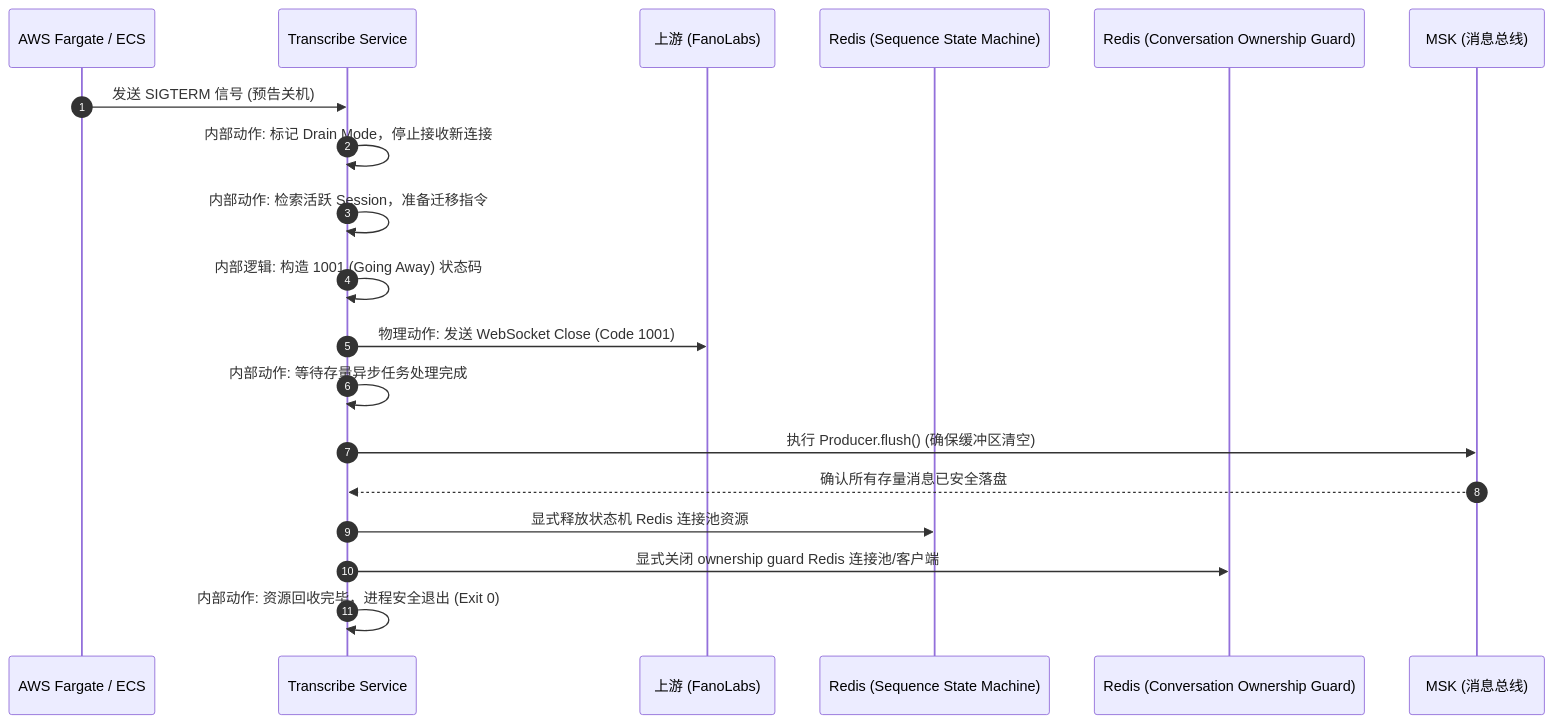
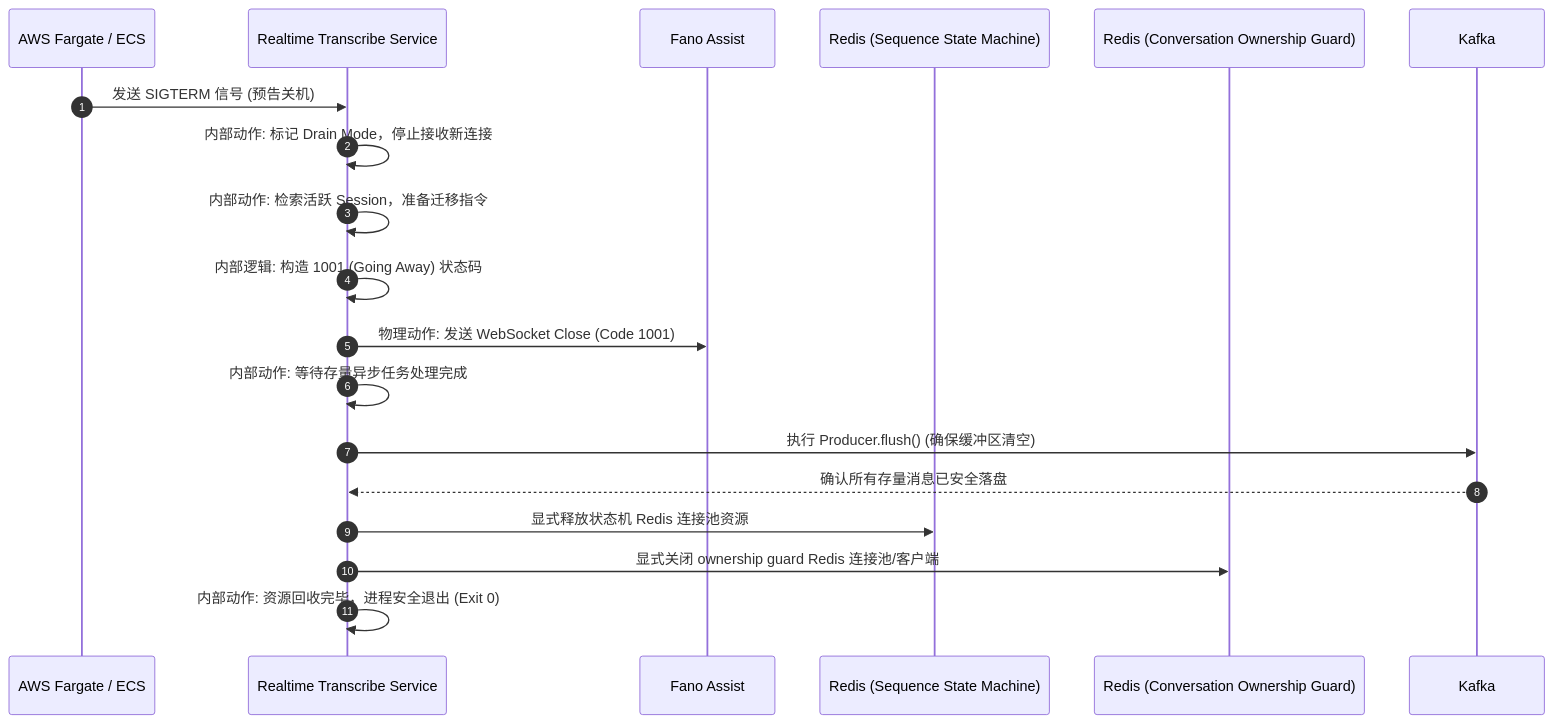
Before and after one commit to xiaodouya001/transcribe_service: the sixth of 6 diagrams in design/application-design_zh.md, drawn with Mermaid. The commit also changed other lines of this file and 63 other files, not shown here.

Commit message:
Rename package and align Realtime Transcribe Service naming

````diff
--- a/design/application-design_zh.md
+++ b/design/application-design_zh.md
@@ -291,28 +290,28 @@
 ```mermaid
 sequenceDiagram
     autonumber
     participant AWS as AWS Fargate / ECS
-    participant Trans as Transcribe Service
-    participant Vendor as 上游 (FanoLabs)
+    participant Trans as Realtime Transcribe Service
+    participant Upstream as Fano Assist
     participant RedisState as Redis (Sequence State Machine)
     participant RedisOwnership as Redis (Conversation Ownership Guard)
-    participant Kafka as MSK (消息总线)
+    participant Kafka as Kafka
 
     AWS->>Trans: 发送 SIGTERM 信号 (预告关机)
     
     Trans->>Trans: 内部动作: 标记 Drain Mode，停止接收新连接
     Trans->>Trans: 内部动作: 检索活跃 Session，准备迁移指令
     
     Trans->>Trans: 内部逻辑: 构造 1001 (Going Away) 状态码
-    Trans->>Vendor: 物理动作: 发送 WebSocket Close (Code 1001)
+    Trans->>Upstream: 物理动作: 发送 WebSocket Close (Code 1001)
     
     Trans->>Trans: 内部动作: 等待存量异步任务处理完成
     
     Trans->>Kafka: 执行 Producer.flush() (确保缓冲区清空)
     Kafka-->>Trans: 确认所有存量消息已安全落盘
     
     Trans->>RedisState: 显式释放状态机 Redis 连接池资源
     Trans->>RedisOwnership: 显式关闭 ownership guard Redis 连接池/客户端
     
     Trans->>Trans: 内部动作: 资源回收完毕，进程安全退出 (Exit 0)
 ```
````
